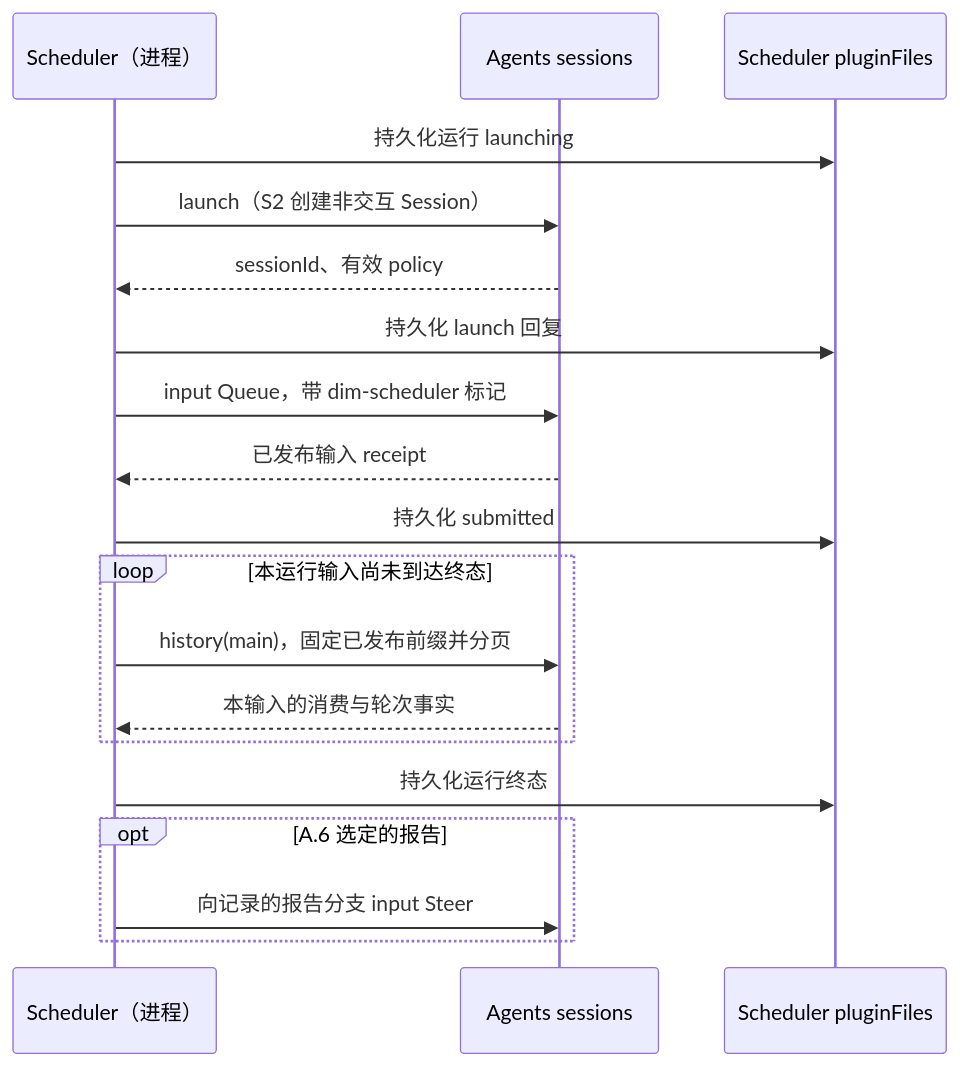
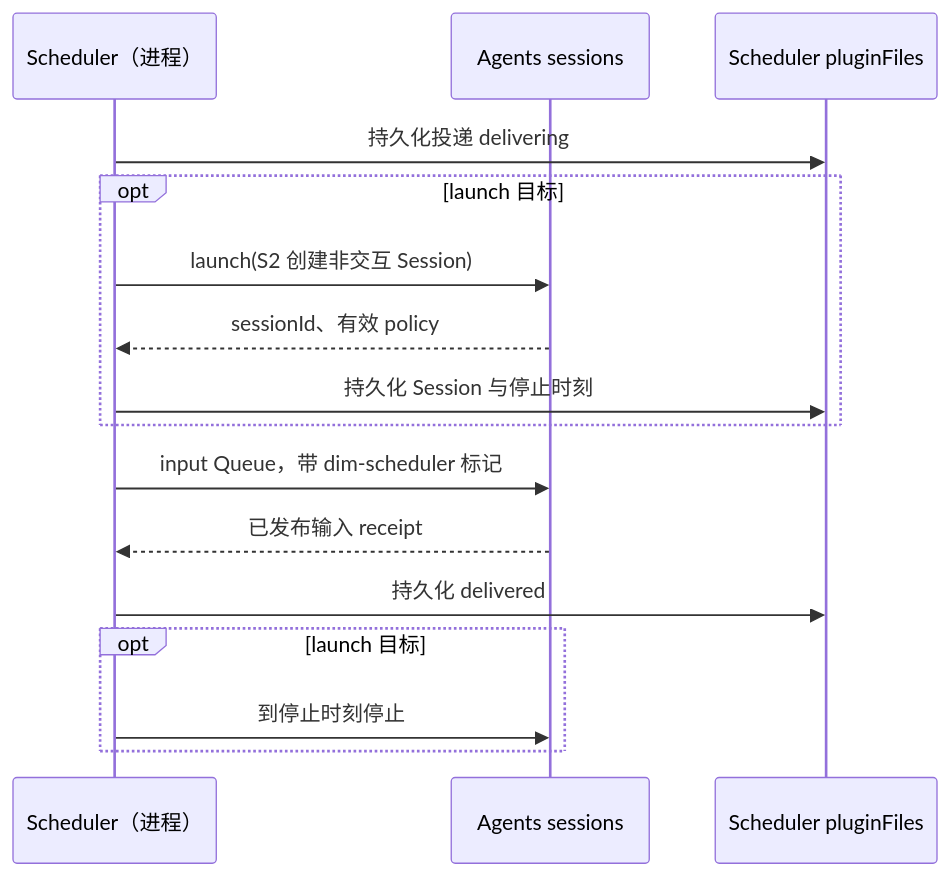
One commit to CoutinhoTTS/dim-agent changed the seventh of 8 diagrams in docs/zh/design/overview.md. Above: the diagram before and after it, drawn with Mermaid. The commit also changed other lines of this file and 16 other files, not shown here.

````diff
--- a/docs/zh/design/overview.md
+++ b/docs/zh/design/overview.md
@@ -270,21 +270,18 @@
 ```mermaid
 sequenceDiagram
   participant SC as Scheduler（进程）
   participant AI as Agents sessions
   participant PF as Scheduler pluginFiles
-  SC->>PF: 持久化运行 launching
-  SC->>AI: launch（S2 创建非交互 Session）
-  AI-->>SC: sessionId、有效 policy
-  SC->>PF: 持久化 launch 回复
+  SC->>PF: 持久化投递 delivering
+  opt launch 目标
+    SC->>AI: launch(S2 创建非交互 Session)
+    AI-->>SC: sessionId、有效 policy
+    SC->>PF: 持久化 Session 与停止时刻
+  end
   SC->>AI: input Queue，带 dim-scheduler 标记
   AI-->>SC: 已发布输入 receipt
-  SC->>PF: 持久化 submitted
-  loop 本运行输入尚未到达终态
-    SC->>AI: history(main)，固定已发布前缀并分页
-    AI-->>SC: 本输入的消费与轮次事实
-  end
-  SC->>PF: 持久化运行终态
-  opt A.6 选定的报告
-    SC->>AI: 向记录的报告分支 input Steer
+  SC->>PF: 持久化 delivered
+  opt launch 目标
+    SC->>AI: 到停止时刻停止
   end
 ```
````
